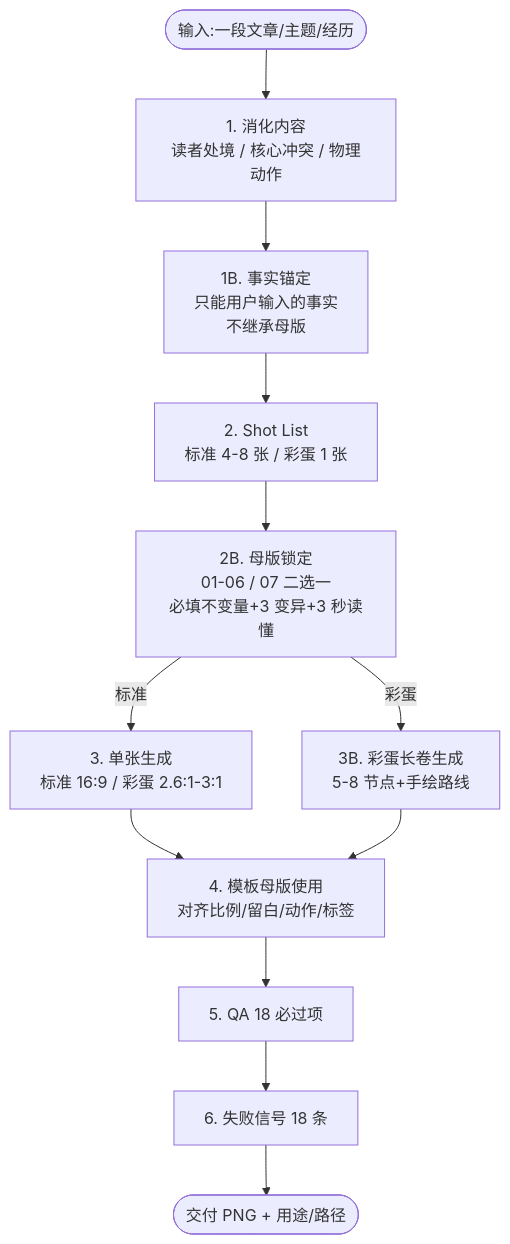
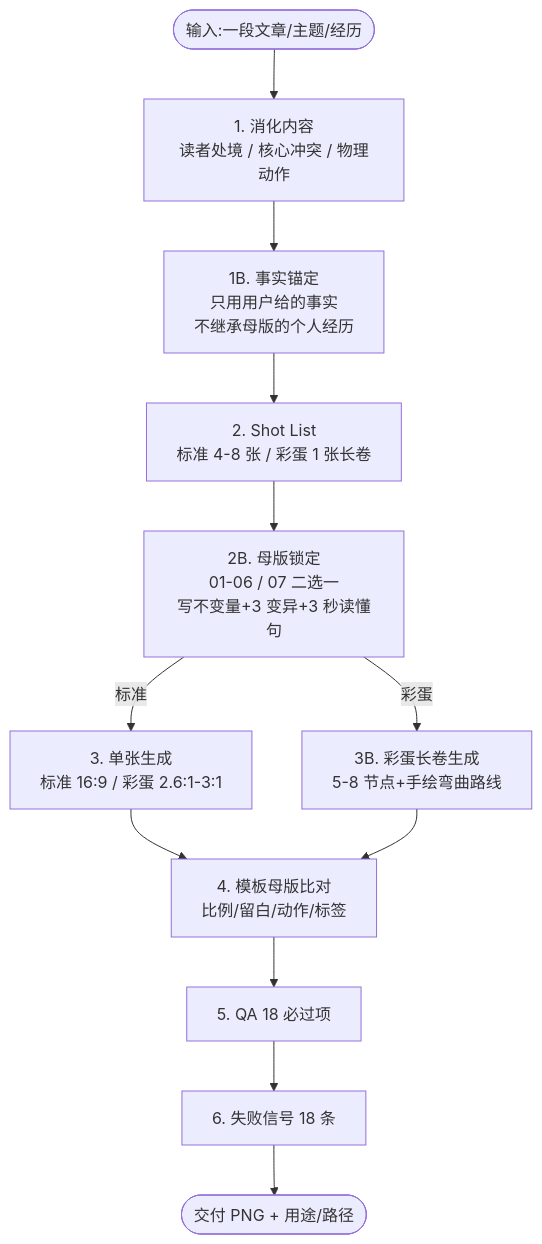
One commit to A1pha3/text-matrix changed the diagram in content/posts/tech/ian-xiaohei-scenes-2-0-chinese-article-visual-language-2026-06-14.md. Above: the diagram before and after it, drawn with Mermaid. The commit also changed other lines of this file and 1 other file, not shown here.

````diff
--- a/content/posts/tech/ian-xiaohei-scenes-2-0-chinese-article-visual-language-2026-06-14.md
+++ b/content/posts/tech/ian-xiaohei-scenes-2-0-chinese-article-visual-language-2026-06-14.md
@@ -35,19 +34,19 @@
 ```mermaid
 flowchart TD
     Start([输入:一段文章/主题/经历])
     S1["1. 消化内容<br/>读者处境 / 核心冲突 / 物理动作"]
-    S1B["1B. 事实锚定<br/>只能用户输入的事实<br/>不继承母版"]
-    S2["2. Shot List<br/>标准 4-8 张 / 彩蛋 1 张"]
-    S2B["2B. 母版锁定<br/>01-06 / 07 二选一<br/>必填不变量+3 变异+3 秒读懂"]
+    S1B["1B. 事实锚定<br/>只用用户给的事实<br/>不继承母版的个人经历"]
+    S2["2. Shot List<br/>标准 4-8 张 / 彩蛋 1 张长卷"]
+    S2B["2B. 母版锁定<br/>01-06 / 07 二选一<br/>写不变量+3 变异+3 秒读懂句"]
     S3["3. 单张生成<br/>标准 16:9 / 彩蛋 2.6:1-3:1"]
-    S3B["3B. 彩蛋长卷生成<br/>5-8 节点+手绘路线"]
-    S4["4. 模板母版使用<br/>对齐比例/留白/动作/标签"]
+    S3B["3B. 彩蛋长卷生成<br/>5-8 节点+手绘弯曲路线"]
+    S4["4. 模板母版比对<br/>比例/留白/动作/标签"]
     S5["5. QA 18 必过项"]
     S6["6. 失败信号 18 条"]
     End([交付 PNG + 用途/路径])
     Start --> S1 --> S1B --> S2 --> S2B
     S2B -- 标准 --> S3
     S2B -- 彩蛋 --> S3B
     S3 --> S4 --> S5 --> S6 --> End
     S3B --> S4
 ```
````
